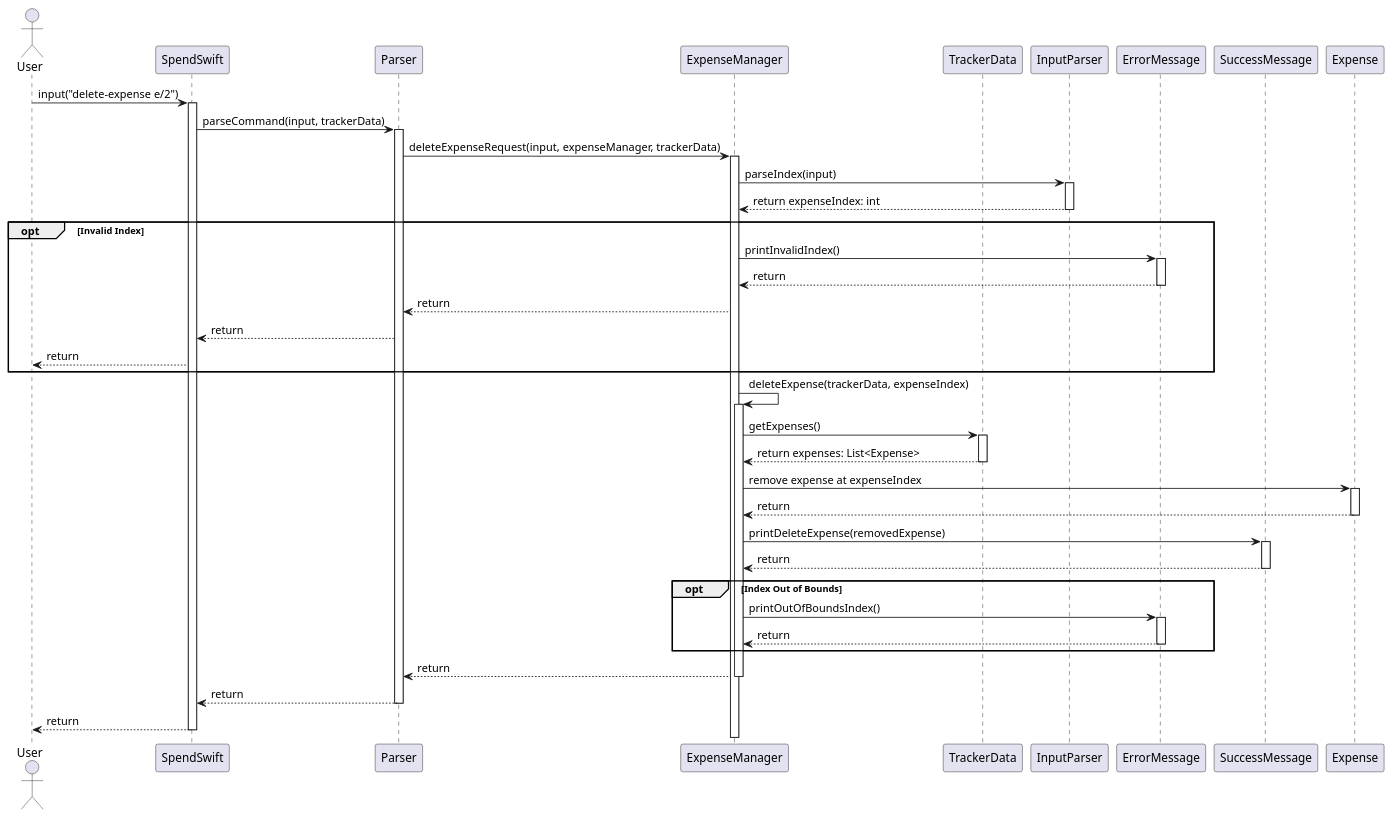
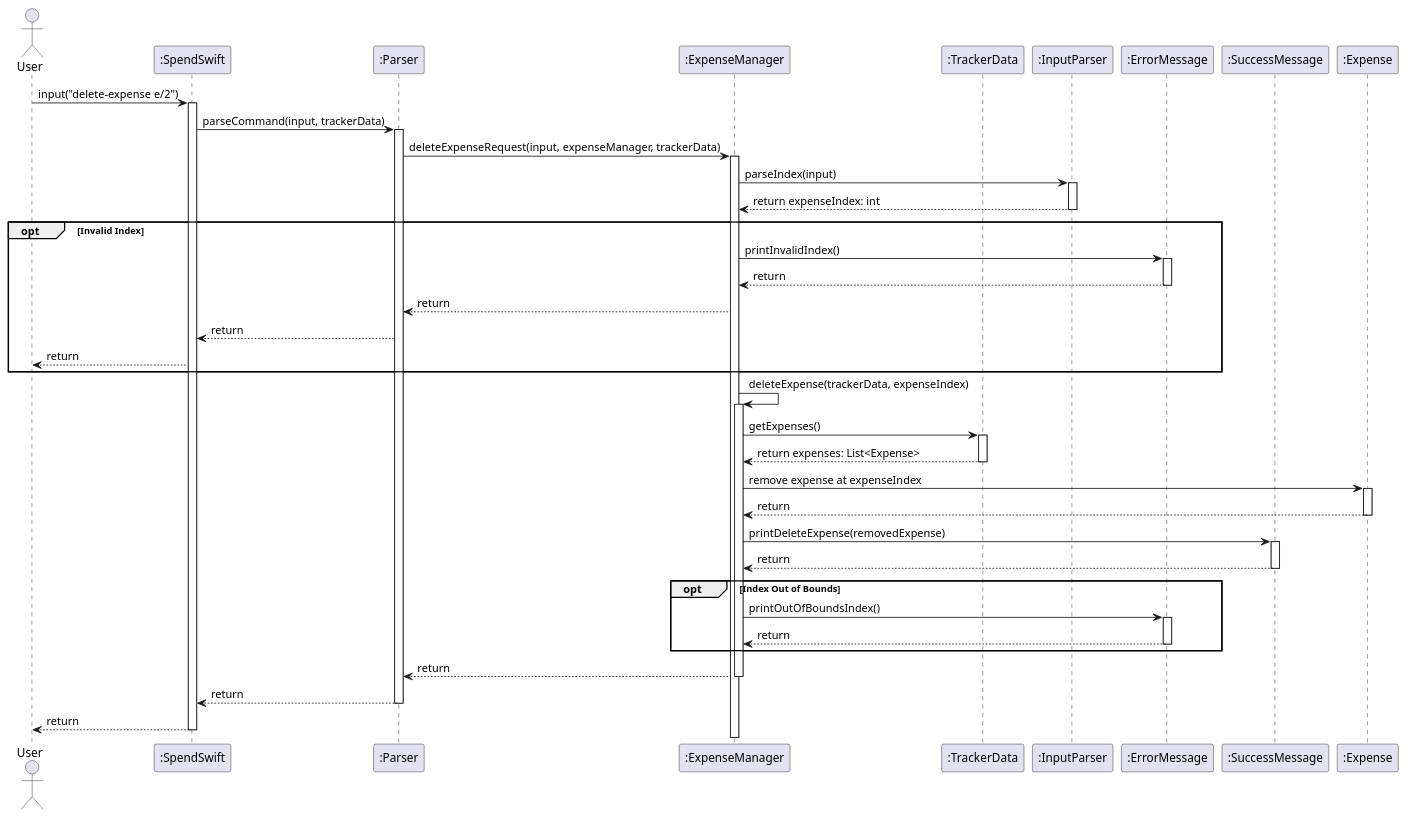
One commit to nus-cs2113-AY2425S1/tp changed the diagram in docs/diagrams/DeleteExpense.puml. Above: the diagram before and after it, drawn with PlantUML. The commit also changed 19 other files, not shown here.

```diff
--- a/docs/diagrams/DeleteExpense.puml
+++ b/docs/diagrams/DeleteExpense.puml
@@ -1,67 +1,67 @@
 @startuml
 actor User
-participant SpendSwift
-participant Parser
-participant ExpenseManager
-participant TrackerData
-participant InputParser
-participant ErrorMessage
-participant SuccessMessage
-participant Expense
+participant ":SpendSwift" as SpendSwift
+participant ":Parser" as Parser
+participant ":ExpenseManager" as ExpenseManager
+participant ":TrackerData" as TrackerData
+participant ":InputParser" as InputParser
+participant ":ErrorMessage" as ErrorMessage
+participant ":SuccessMessage" as SuccessMessage
+participant ":Expense" as Expense
 
 User -> SpendSwift : input("delete-expense e/2")
 activate SpendSwift
 SpendSwift -> Parser : parseCommand(input, trackerData)
 
 activate Parser
 Parser -> ExpenseManager : deleteExpenseRequest(input, expenseManager, trackerData)
 
 activate ExpenseManager
 ExpenseManager -> InputParser : parseIndex(input)
 activate InputParser
 InputParser --> ExpenseManager : return expenseIndex: int
 deactivate InputParser
 
 opt Invalid Index
     ExpenseManager -> ErrorMessage : printInvalidIndex()
     activate ErrorMessage
     ErrorMessage --> ExpenseManager : return
     deactivate ErrorMessage
     ExpenseManager --> Parser : return
     Parser --> SpendSwift : return
     SpendSwift --> User : return
 end
 
 ExpenseManager -> ExpenseManager : deleteExpense(trackerData, expenseIndex)
 
 activate ExpenseManager
 ExpenseManager -> TrackerData : getExpenses()
 activate TrackerData
 TrackerData --> ExpenseManager : return expenses: List<Expense>
 deactivate TrackerData
 
 ExpenseManager -> Expense : remove expense at expenseIndex
 activate Expense
 Expense --> ExpenseManager : return
 deactivate Expense
 
 ExpenseManager -> SuccessMessage : printDeleteExpense(removedExpense)
 activate SuccessMessage
 SuccessMessage --> ExpenseManager : return
 deactivate SuccessMessage
 
 opt Index Out of Bounds
     ExpenseManager -> ErrorMessage : printOutOfBoundsIndex()
     activate ErrorMessage
     ErrorMessage --> ExpenseManager : return
     deactivate ErrorMessage
 end
 
 ExpenseManager --> Parser : return
 deactivate ExpenseManager
 Parser --> SpendSwift : return
 deactivate Parser
 SpendSwift --> User : return
 deactivate SpendSwift
 
 @enduml
```
